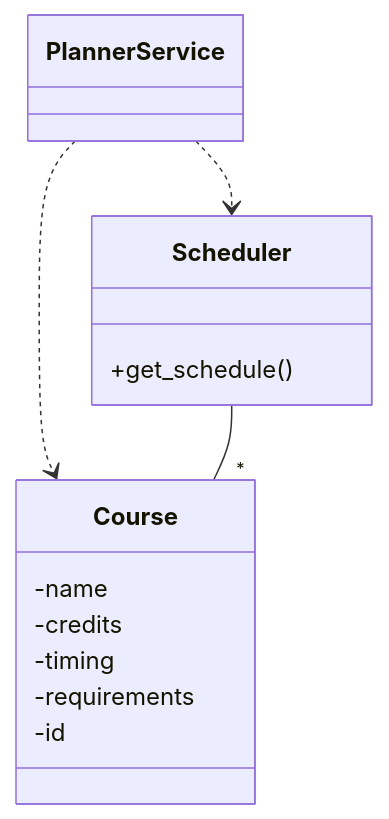
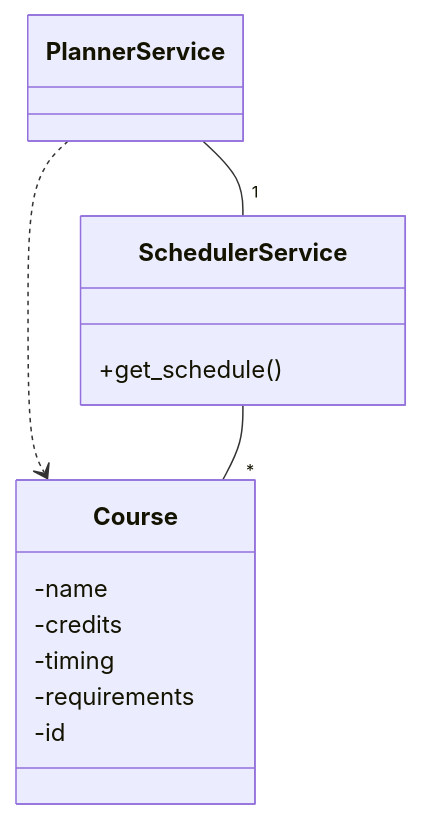
One commit to TheJiahao/ohte-harjoitustyo changed the first of 5 diagrams in dokumentaatio/arkkitehtuuri.md. Above: the diagram before and after it, drawn with Mermaid.

````diff
--- a/dokumentaatio/arkkitehtuuri.md
+++ b/dokumentaatio/arkkitehtuuri.md
@@ -9,18 +9,18 @@
 ```mermaid
 classDiagram
     PlannerService ..> Course
-    PlannerService ..> Scheduler
-    Scheduler -- "*" Course
+    PlannerService -- "1" SchedulerService
+    SchedulerService -- "*" Course
 
     class Course {
         -name
         -credits
         -timing
         -requirements
         -id
     }
 
-    class Scheduler {
+    class SchedulerService {
         +get_schedule()
     }
 ```
````
